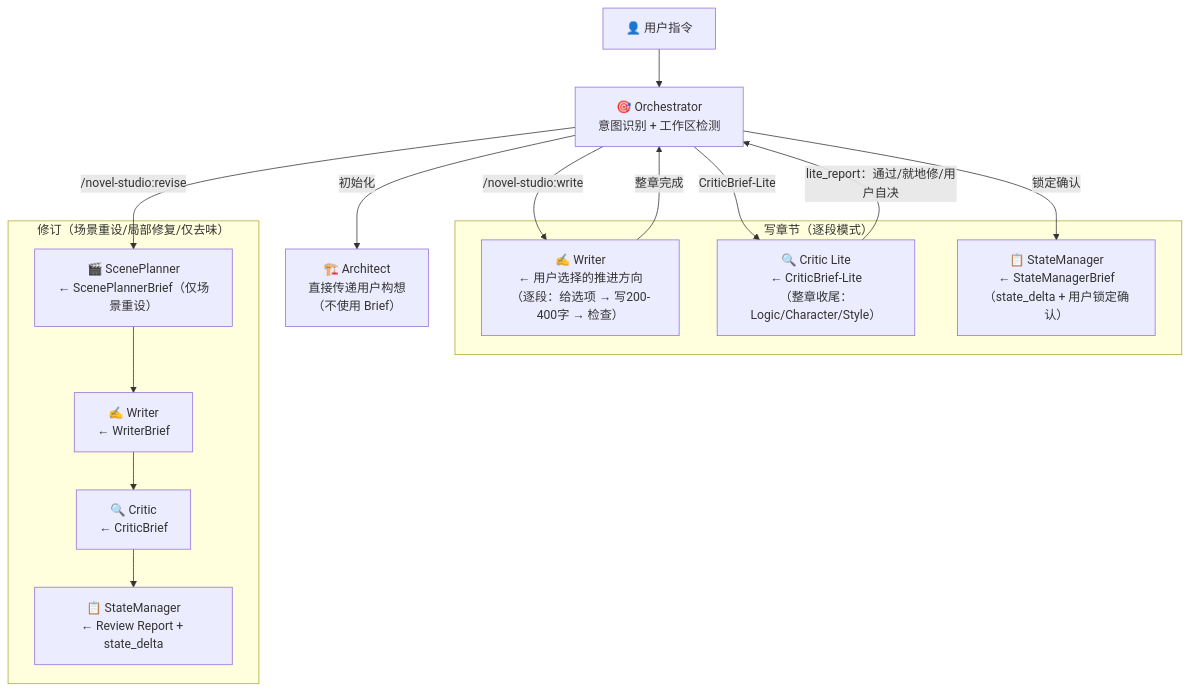
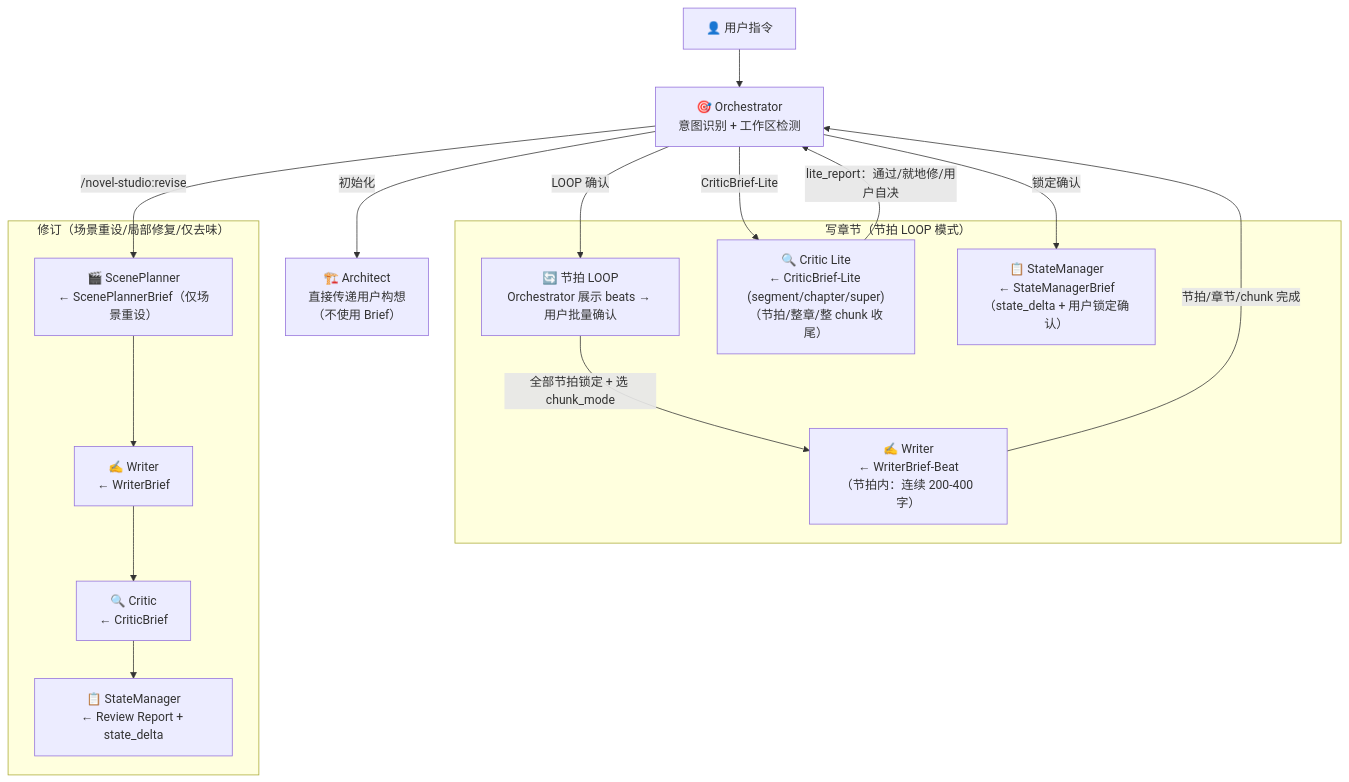
One commit to deathwhispers/novel-studio changed the diagram in runtime/handoff-schema.md. Above: the diagram before and after it, drawn with Mermaid. The commit also changed other lines of this file and 9 other files, not shown here.

````diff
--- a/runtime/handoff-schema.md
+++ b/runtime/handoff-schema.md
@@ -360,33 +520,35 @@
 ```mermaid
 flowchart TD
     User["👤 用户指令"]
     Orchestrator["🎯 Orchestrator<br/>意图识别 + 工作区检测"]
 
     User --> Orchestrator
 
     Orchestrator -->|"初始化"| Architect["🏗️ Architect<br/>直接传递用户构想<br/>（不使用 Brief）"]
 
-    subgraph WriteFlow["写章节（逐段模式）"]
-        Writer["✍️ Writer<br/>← 用户选择的推进方向<br/>（逐段：给选项 → 写200-400字 → 检查）"]
-        CriticLite["🔍 Critic Lite<br/>← CriticBrief-Lite<br/>（整章收尾：Logic/Character/Style）"]
+    subgraph WriteFlow["写章节（节拍 LOOP 模式）"]
+        LOOP["🔄 节拍 LOOP<br/>Orchestrator 展示 beats → 用户批量确认"]
+        Writer["✍️ Writer<br/>← WriterBrief-Beat<br/>（节拍内：连续 200-400 字）"]
+        CriticLite["🔍 Critic Lite<br/>← CriticBrief-Lite (segment/chapter/super)<br>（节拍/整章/整 chunk 收尾）"]
         StateManager["📋 StateManager<br/>← StateManagerBrief<br/>（state_delta + 用户锁定确认）"]
     end
 
-    Orchestrator -->|"/novel-studio:write"| Writer
-    Writer -->|"整章完成"| Orchestrator
+    Orchestrator -->|"LOOP 确认"| LOOP
+    LOOP -->|"全部节拍锁定 + 选 chunk_mode"| Writer
+    Writer -->|"节拍/章节/chunk 完成"| Orchestrator
     Orchestrator -->|"CriticBrief-Lite"| CriticLite
     CriticLite -->|"lite_report：通过/就地修/用户自决"| Orchestrator
     Orchestrator -->|"锁定确认"| StateManager
 
     subgraph ReviseFlow["修订（场景重设/局部修复/仅去味）"]
         ScenePlannerR["🎬 ScenePlanner<br/>← ScenePlannerBrief（仅场景重设）"]
         WriterR["✍️ Writer<br/>← WriterBrief"]
         CriticR["🔍 Critic<br/>← CriticBrief"]
         StateManagerR["📋 StateManager<br/>← Review Report + state_delta"]
     end
 
     Orchestrator -->|"/novel-studio:revise"| ScenePlannerR
     ScenePlannerR --> WriterR
     WriterR --> CriticR
     CriticR --> StateManagerR
 ```
````
